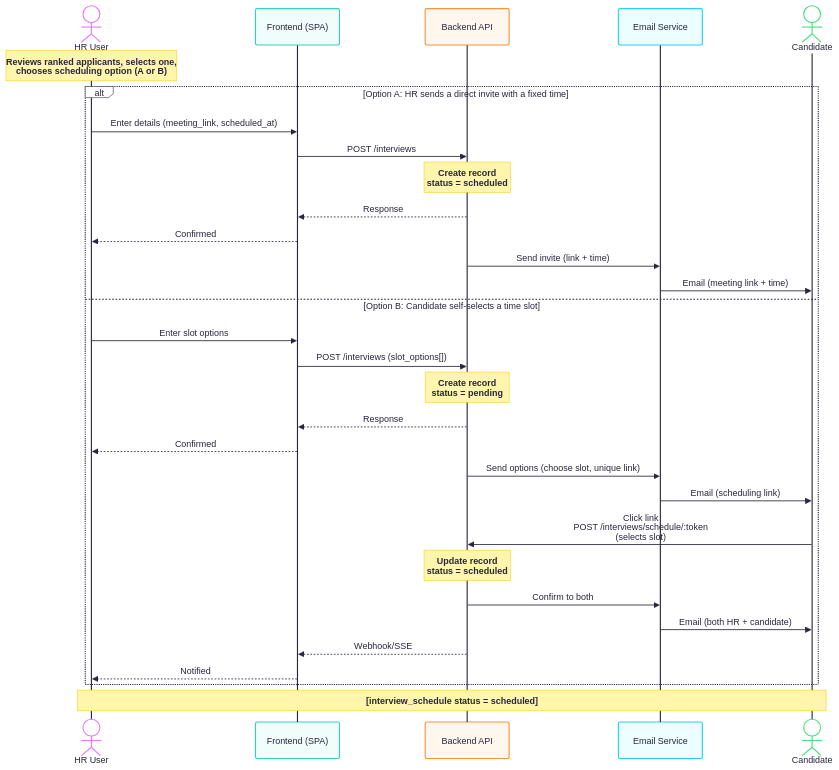
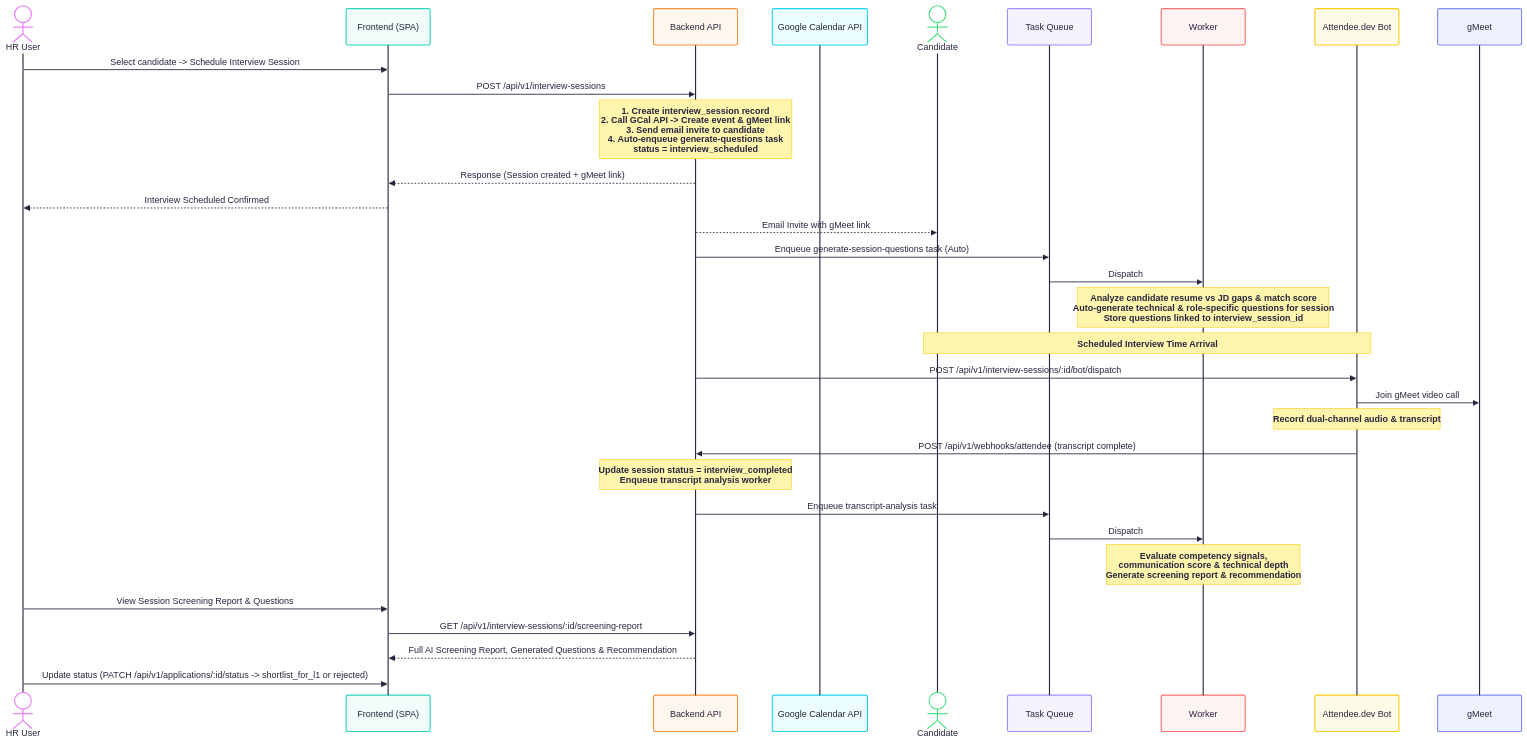
One commit to joshsoftware/EZScreen changed the sixth of 6 diagrams in docs/architecture/SYSTEM_DESIGN.md. Above: the diagram before and after it, drawn with Mermaid. The commit also changed other lines of this file, not shown here.

````diff
--- a/docs/architecture/SYSTEM_DESIGN.md
+++ b/docs/architecture/SYSTEM_DESIGN.md
@@ -476,40 +474,42 @@
 ```mermaid
 ---
 config:
   theme: redux-color
 ---
 sequenceDiagram
     actor HR as HR User
     participant F as Frontend (SPA)
     participant B as Backend API
-    participant E as Email Service
+    participant GCal as Google Calendar API
     actor C as Candidate
+    participant Q as Task Queue
+    participant W as Worker
+    participant Bot as Attendee.dev Bot
 
-    Note over HR: Reviews ranked applicants, selects one,<br>chooses scheduling option (A or B)
+    HR->>F: Select candidate -> Schedule Interview Session
+    F->>B: POST /api/v1/interview-sessions
+    Note over B: 1. Create interview_session record<br>2. Call GCal API -> Create event & gMeet link<br>3. Send email invite to candidate<br>4. Auto-enqueue generate-questions task<br>status = interview_scheduled
+    B-->>F: Response (Session created + gMeet link)
+    F-->>HR: Interview Scheduled Confirmed
+    B-->>C: Email Invite with gMeet link
 
-    alt Option A: HR sends a direct invite with a fixed time
-        HR->>F: Enter details (meeting_link, scheduled_at)
-        F->>B: POST /interviews
-        Note over B: Create record<br>status = scheduled
-        B-->>F: Response
-        F-->>HR: Confirmed
-        B->>E: Send invite (link + time)
-        E->>C: Email (meeting link + time)
-    else Option B: Candidate self-selects a time slot
-        HR->>F: Enter slot options
-        F->>B: POST /interviews (slot_options[])
-        Note over B: Create record<br>status = pending
-        B-->>F: Response
-        F-->>HR: Confirmed
-        B->>E: Send options (choose slot, unique link)
-        E->>C: Email (scheduling link)
-        C->>B: Click link<br>POST /interviews/schedule/:token<br>(selects slot)
-        Note over B: Update record<br>status = scheduled
-        B->>E: Confirm to both
-        E->>C: Email (both HR + candidate)
-        B-->>F: Webhook/SSE
-        F-->>HR: Notified
-    end
+    B->>Q: Enqueue generate-session-questions task (Auto)
+    Q->>W: Dispatch
+    Note over W: Analyze candidate resume vs JD gaps & match score<br>Auto-generate technical & role-specific questions for session<br>Store questions linked to interview_session_id
 
-    Note over HR,C: [interview_schedule status = scheduled]
+    Note over Bot,C: Scheduled Interview Time Arrival
+    B->>Bot: POST /api/v1/interview-sessions/:id/bot/dispatch
+    Bot->>gMeet: Join gMeet video call
+    Note over Bot: Record dual-channel audio & transcript
+
+    Bot->>B: POST /api/v1/webhooks/attendee (transcript complete)
+    Note over B: Update session status = interview_completed<br>Enqueue transcript analysis worker
+    B->>Q: Enqueue transcript-analysis task
+    Q->>W: Dispatch
+    Note over W: Evaluate competency signals,<br>communication score & technical depth<br>Generate screening report & recommendation
+    
+    HR->>F: View Session Screening Report & Questions
+    F->>B: GET /api/v1/interview-sessions/:id/screening-report
+    B-->>F: Full AI Screening Report, Generated Questions & Recommendation
+    HR->>F: Update status (PATCH /api/v1/applications/:id/status -> shortlist_for_l1 or rejected)
 ```
````
